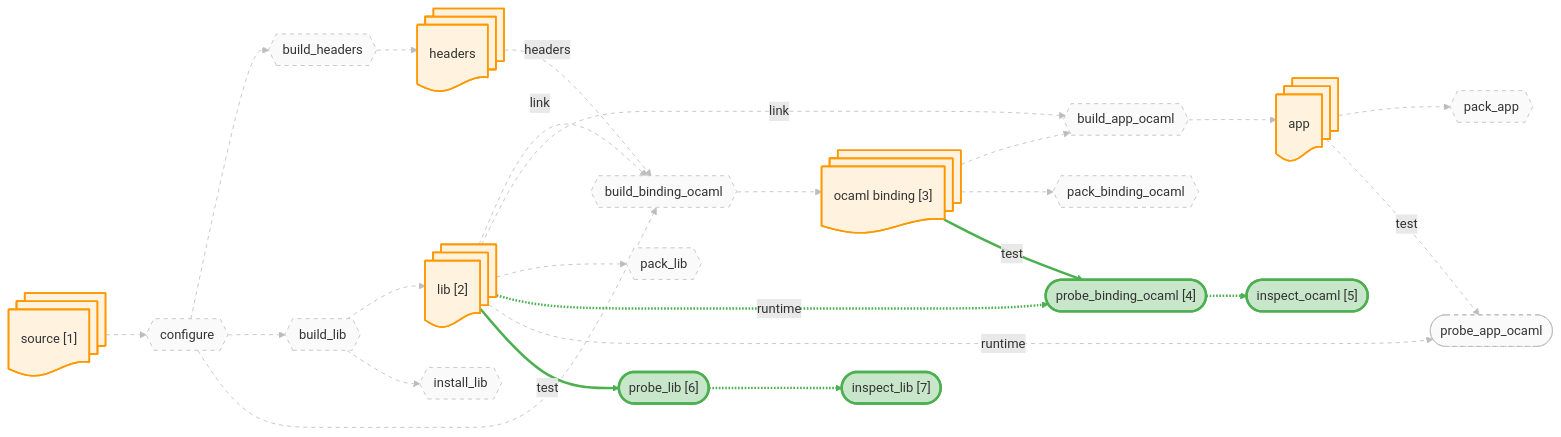
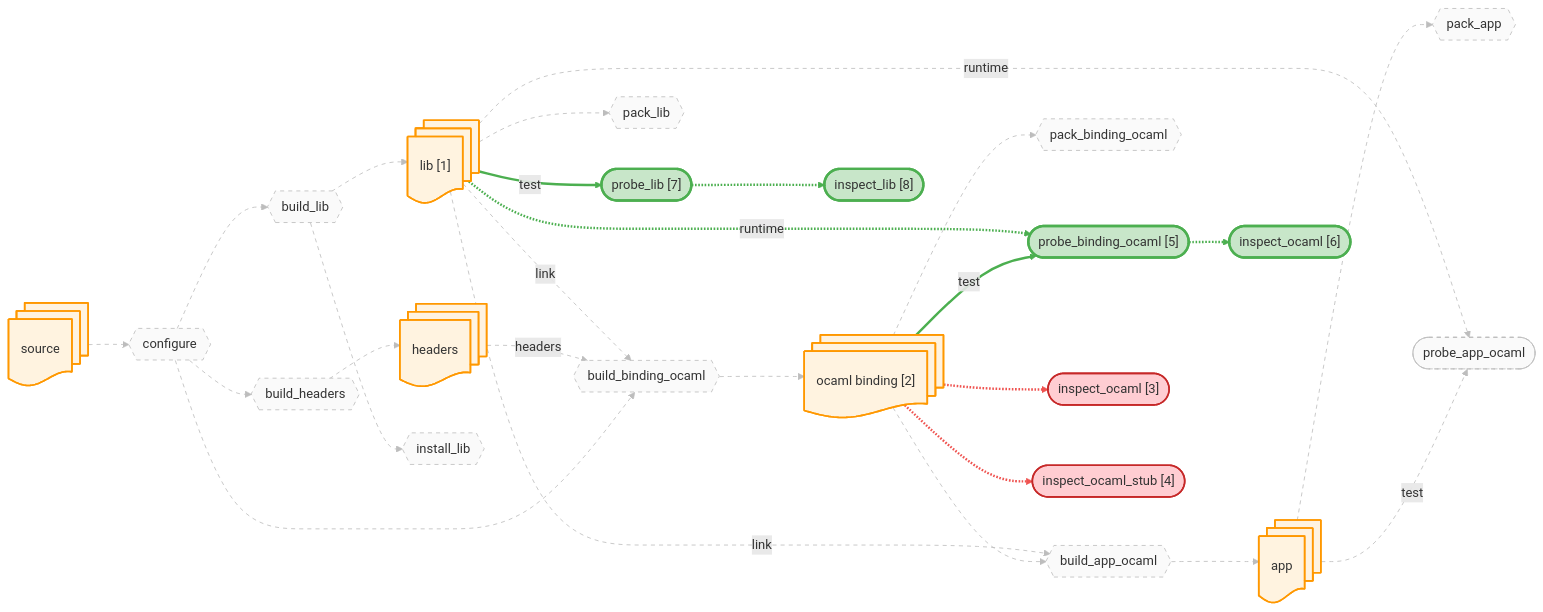
One commit to JHU-PL-Lab/tola changed the diagram in docs/canary/projects/zlib/-run/diagrams/probes.mmd. Above: the diagram before and after it, drawn with Mermaid. The commit also changed 129 other files, not shown here.

```diff
--- a/docs/canary/projects/zlib/-run/diagrams/probes.mmd
+++ b/docs/canary/projects/zlib/-run/diagrams/probes.mmd
@@ -1,93 +1,101 @@
 %% view: probes
 graph LR
-    source_node@{ shape: docs, label: "source [1]" }
+    source_node@{ shape: docs, label: "source" }
     headers_node@{ shape: docs, label: "headers" }
-    lib_node@{ shape: docs, label: "lib [2]" }
+    lib_node@{ shape: docs, label: "lib [1]" }
     app_node@{ shape: docs, label: "app" }
-    ocaml_binding_node@{ shape: docs, label: "ocaml binding [3]" }
+    ocaml_binding_node@{ shape: docs, label: "ocaml binding [2]" }
 
     A_configure{{"configure"}}
     A_build_headers{{"build_headers"}}
     A_build_lib{{"build_lib"}}
     A_build_binding_ocaml{{"build_binding_ocaml"}}
     A_build_app_ocaml{{"build_app_ocaml"}}
     A_install_lib{{"install_lib"}}
     A_pack_binding_ocaml{{"pack_binding_ocaml"}}
     A_pack_lib{{"pack_lib"}}
     A_pack_app{{"pack_app"}}
-    A_probe_binding_ocaml(["probe_binding_ocaml [4]"])
+    A_probe_binding_ocaml(["probe_binding_ocaml [5]"])
     A_probe_app_ocaml(["probe_app_ocaml"])
-    A_probe_lib(["probe_lib [6]"])
-    A_probe_lib_inspect(["inspect_lib [7]"])
-    A_probe_binding_ocaml_inspect(["inspect_ocaml [5]"])
+    A_probe_lib(["probe_lib [7]"])
+    A_probe_lib_inspect(["inspect_lib [8]"])
+    A_fetch_binding_ocaml_inspect(["inspect_ocaml [3]"])
+    A_fetch_binding_ocaml_stub_inspect(["inspect_ocaml_stub [4]"])
+    A_probe_binding_ocaml_inspect(["inspect_ocaml [6]"])
 
     source_node --> A_configure
     A_configure --> A_build_headers
     A_build_headers --> headers_node
     A_configure --> A_build_lib
     A_build_lib --> lib_node
     A_configure --> A_build_binding_ocaml
     headers_node -.->|headers| A_build_binding_ocaml
     lib_node -.->|link| A_build_binding_ocaml
     A_build_binding_ocaml --> ocaml_binding_node
     ocaml_binding_node --> A_build_app_ocaml
     lib_node -.->|link| A_build_app_ocaml
     A_build_app_ocaml --> app_node
     A_build_lib --> A_install_lib
     ocaml_binding_node --> A_pack_binding_ocaml
     lib_node --> A_pack_lib
     app_node --> A_pack_app
     ocaml_binding_node -->|test| A_probe_binding_ocaml
     lib_node -.->|runtime| A_probe_binding_ocaml
     app_node -->|test| A_probe_app_ocaml
     lib_node -.->|runtime| A_probe_app_ocaml
     lib_node -->|test| A_probe_lib
     A_probe_lib -.-> A_probe_lib_inspect
+    ocaml_binding_node -.-> A_fetch_binding_ocaml_inspect
+    ocaml_binding_node -.-> A_fetch_binding_ocaml_stub_inspect
     A_probe_binding_ocaml -.-> A_probe_binding_ocaml_inspect
 
     classDef artifact fill:#fff3e0,stroke:#ff9800,stroke-width:2px
     classDef action fill:#f3e5f5,stroke:#9c27b0,stroke-width:2px
     classDef st_done fill:#c8e6c9,stroke:#4caf50,stroke-width:3px
     classDef st_done_ctx fill:#e8f5e9,stroke:#a5d6a7,stroke-width:1.5px
     classDef st_expected_fail fill:#fff9c4,stroke:#f9a825,stroke-width:2px
     classDef st_failed fill:#ffcdd2,stroke:#c62828,stroke-width:2px
     classDef st_skipped fill:#f5f5f5,stroke:#9e9e9e,stroke-dasharray:5
     classDef st_nospec fill:#fafafa,stroke:#bdbdbd,stroke-dasharray:5
     class source_node,headers_node,lib_node,app_node,ocaml_binding_node artifact
     class A_configure st_nospec
     class A_build_headers st_nospec
     class A_build_lib st_nospec
     class A_build_binding_ocaml st_nospec
     class A_build_app_ocaml st_nospec
     class A_install_lib st_nospec
     class A_pack_binding_ocaml st_nospec
     class A_pack_lib st_nospec
     class A_pack_app st_nospec
     class A_probe_binding_ocaml st_done
     class A_probe_app_ocaml st_nospec
     class A_probe_lib st_done
     class A_probe_lib_inspect st_done
+    class A_fetch_binding_ocaml_inspect st_failed
+    class A_fetch_binding_ocaml_stub_inspect st_failed
     class A_probe_binding_ocaml_inspect st_done
     linkStyle 0 stroke:#bdbdbd,stroke-width:1px,stroke-dasharray:5
     linkStyle 1 stroke:#bdbdbd,stroke-width:1px,stroke-dasharray:5
     linkStyle 2 stroke:#bdbdbd,stroke-width:1px,stroke-dasharray:5
     linkStyle 3 stroke:#bdbdbd,stroke-width:1px,stroke-dasharray:5
     linkStyle 4 stroke:#bdbdbd,stroke-width:1px,stroke-dasharray:5
     linkStyle 5 stroke:#bdbdbd,stroke-width:1px,stroke-dasharray:5
     linkStyle 6 stroke:#bdbdbd,stroke-width:1px,stroke-dasharray:5
     linkStyle 7 stroke:#bdbdbd,stroke-width:1px,stroke-dasharray:5
     linkStyle 8 stroke:#bdbdbd,stroke-width:1px,stroke-dasharray:5
     linkStyle 9 stroke:#bdbdbd,stroke-width:1px,stroke-dasharray:5
     linkStyle 10 stroke:#bdbdbd,stroke-width:1px,stroke-dasharray:5
     linkStyle 11 stroke:#bdbdbd,stroke-width:1px,stroke-dasharray:5
     linkStyle 12 stroke:#bdbdbd,stroke-width:1px,stroke-dasharray:5
     linkStyle 13 stroke:#bdbdbd,stroke-width:1px,stroke-dasharray:5
     linkStyle 14 stroke:#bdbdbd,stroke-width:1px,stroke-dasharray:5
     linkStyle 15 stroke:#bdbdbd,stroke-width:1px,stroke-dasharray:5
     linkStyle 16 stroke:#4caf50,stroke-width:3px
     linkStyle 17 stroke:#4caf50,stroke-width:3px
     linkStyle 18 stroke:#bdbdbd,stroke-width:1px,stroke-dasharray:5
     linkStyle 19 stroke:#bdbdbd,stroke-width:1px,stroke-dasharray:5
     linkStyle 20 stroke:#4caf50,stroke-width:3px
     linkStyle 21 stroke:#4caf50,stroke-width:3px
-    linkStyle 22 stroke:#4caf50,stroke-width:3px
+    linkStyle 22 stroke:#ef5350,stroke-width:3px
+    linkStyle 23 stroke:#ef5350,stroke-width:3px
+    linkStyle 24 stroke:#4caf50,stroke-width:3px
```
